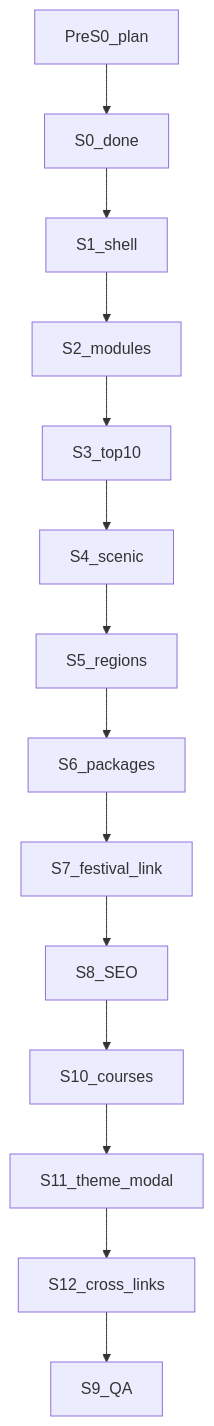
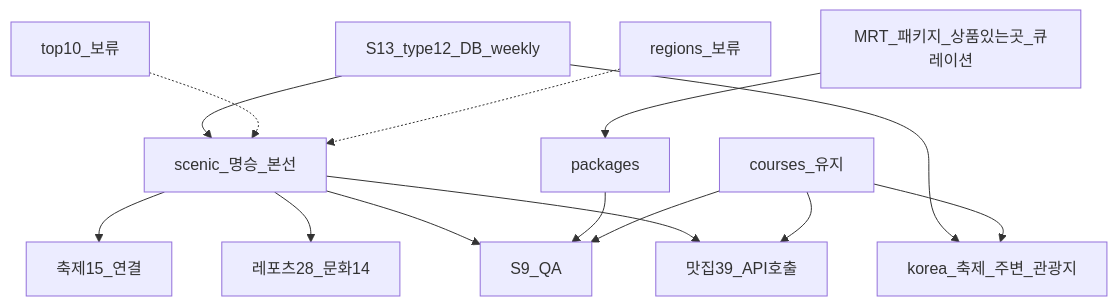
Before and after one commit to catgeot/Days: the first of 3 diagrams in plans/korea-theme-travel-plan.md, drawn with Mermaid. The commit also changed other lines of this file and 2 other files, not shown here.

````diff
--- a/plans/korea-theme-travel-plan.md
+++ b/plans/korea-theme-travel-plan.md
@@ -83,16 +87,16 @@
 ```mermaid
 flowchart TD
-  pre[PreS0_plan] --> S0[S0_done]
-  S0 --> S1[S1_shell]
-  S1 --> S2[S2_modules]
-  S2 --> S3[S3_top10]
-  S3 --> S4[S4_scenic]
-  S4 --> S5[S5_regions]
-  S5 --> S6[S6_packages]
-  S6 --> S7[S7_festival_link]
-  S7 --> S8[S8_SEO]
-  S8 --> S10[S10_courses]
-  S10 --> S11[S11_theme_modal]
-  S11 --> S12[S12_cross_links]
-  S12 --> S9[S9_QA]
+  catalog[S13_type12_DB_weekly] --> scenic[scenic_명승_본선]
+  catalog --> festNear[korea_축제_주변_관광지]
+  scenic --> foodApi[맛집39_API호출]
+  scenic --> leis[레포츠28_문화14]
+  scenic --> festLink[축제15_연결]
+  courses[courses_유지] --> festNear
+  courses --> foodApi
+  mrt[MRT_패키지_상품있는곳_큐레이션] --> packages[packages]
+  top10[top10_보류] -.-> scenic
+  regions[regions_보류] -.-> scenic
+  scenic --> S9[S9_QA]
+  packages --> S9
+  courses --> S9
 ```
````
